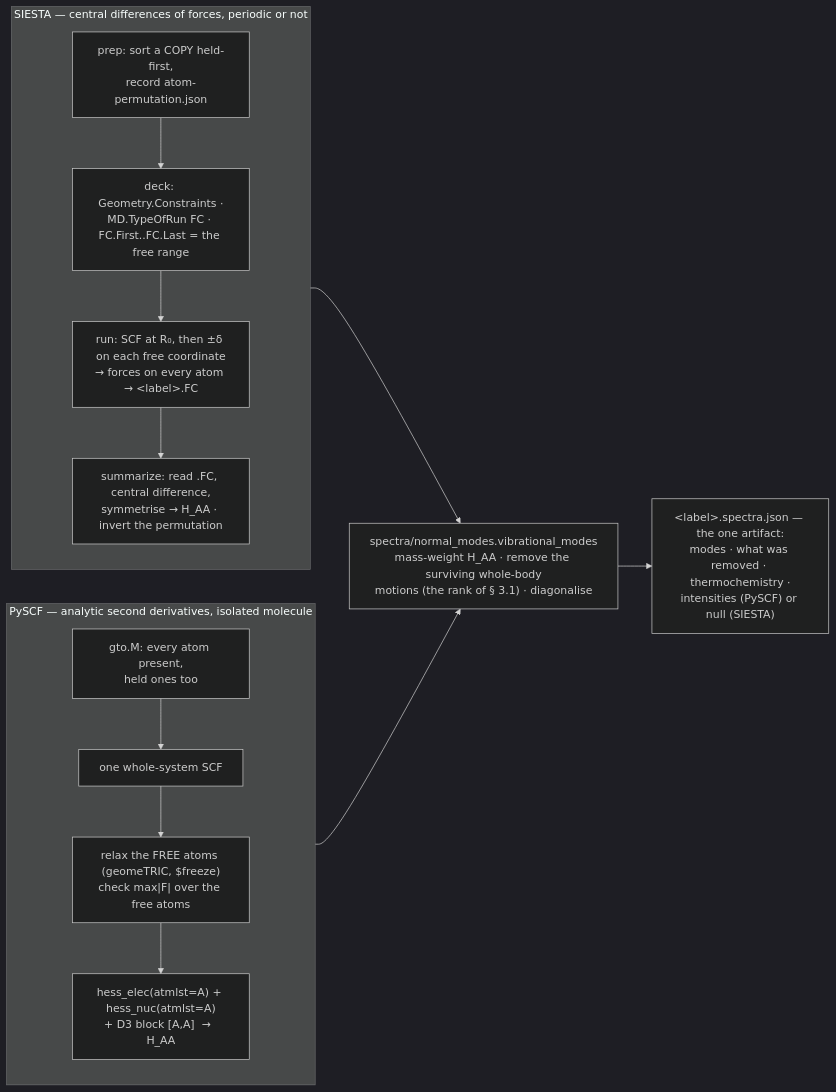
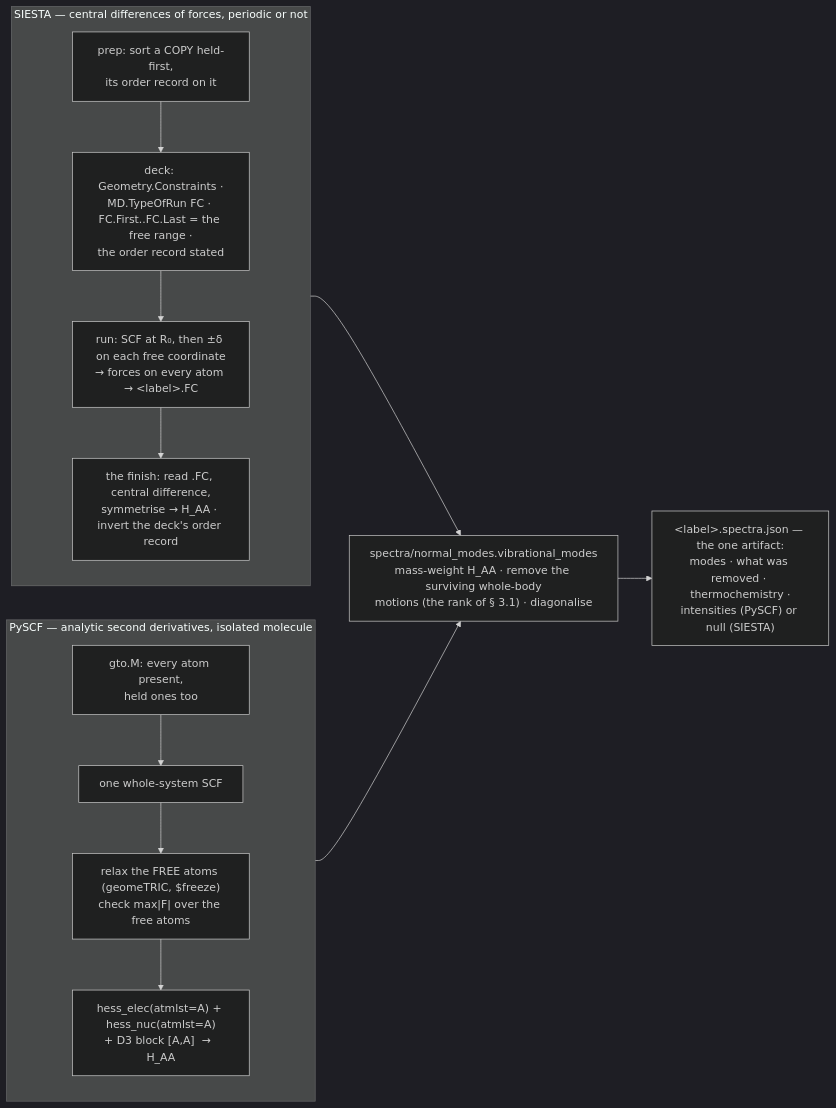
One commit to Qing-LAB/molbuilder changed the first of 3 diagrams in docs/science/normal-modes.md. Above: the diagram before and after it, drawn with Mermaid (dark theme). The commit also changed other lines of this file and 40 other files, not shown here.

````diff
--- a/docs/science/normal-modes.md
+++ b/docs/science/normal-modes.md
@@ -704,18 +704,18 @@
 ```mermaid
 flowchart LR
   subgraph P["PySCF — analytic second derivatives, isolated molecule"]
     direction TB
     P1["gto.M: every atom present,<br/>held ones too"] --> P2["one whole-system SCF"]
     P2 --> P3["relax the FREE atoms (geomeTRIC, $freeze)<br/>check max|F| over the free atoms"]
     P3 --> P4["hess_elec(atmlst=A) + hess_nuc(atmlst=A)<br/>+ D3 block [A,A]  →  H_AA"]
   end
   subgraph S["SIESTA — central differences of forces, periodic or not"]
     direction TB
-    S1["prep: sort a COPY held-first,<br/>record atom-permutation.json"] --> S2["deck: Geometry.Constraints ·<br/>MD.TypeOfRun FC · FC.First..FC.Last = the free range"]
+    S1["prep: sort a COPY held-first,<br/>its order record on it"] --> S2["deck: Geometry.Constraints ·<br/>MD.TypeOfRun FC · FC.First..FC.Last = the free range ·<br/>the order record stated"]
     S2 --> S3["run: SCF at R₀, then ±δ on each free coordinate<br/>→ forces on every atom → &lt;label&gt;.FC"]
-    S3 --> S4["summarize: read .FC, central difference,<br/>symmetrise → H_AA · invert the permutation"]
+    S3 --> S4["the finish: read .FC, central difference,<br/>symmetrise → H_AA · invert the deck's order record"]
   end
   P4 --> M["spectra/normal_modes.vibrational_modes<br/>mass-weight H_AA · remove the surviving whole-body<br/>motions (the rank of § 3.1) · diagonalise"]
   S4 --> M
   M --> R["&lt;label&gt;.spectra.json — the one artifact:<br/>modes · what was removed · thermochemistry ·<br/>intensities (PySCF) or null (SIESTA)"]
 ```
````
